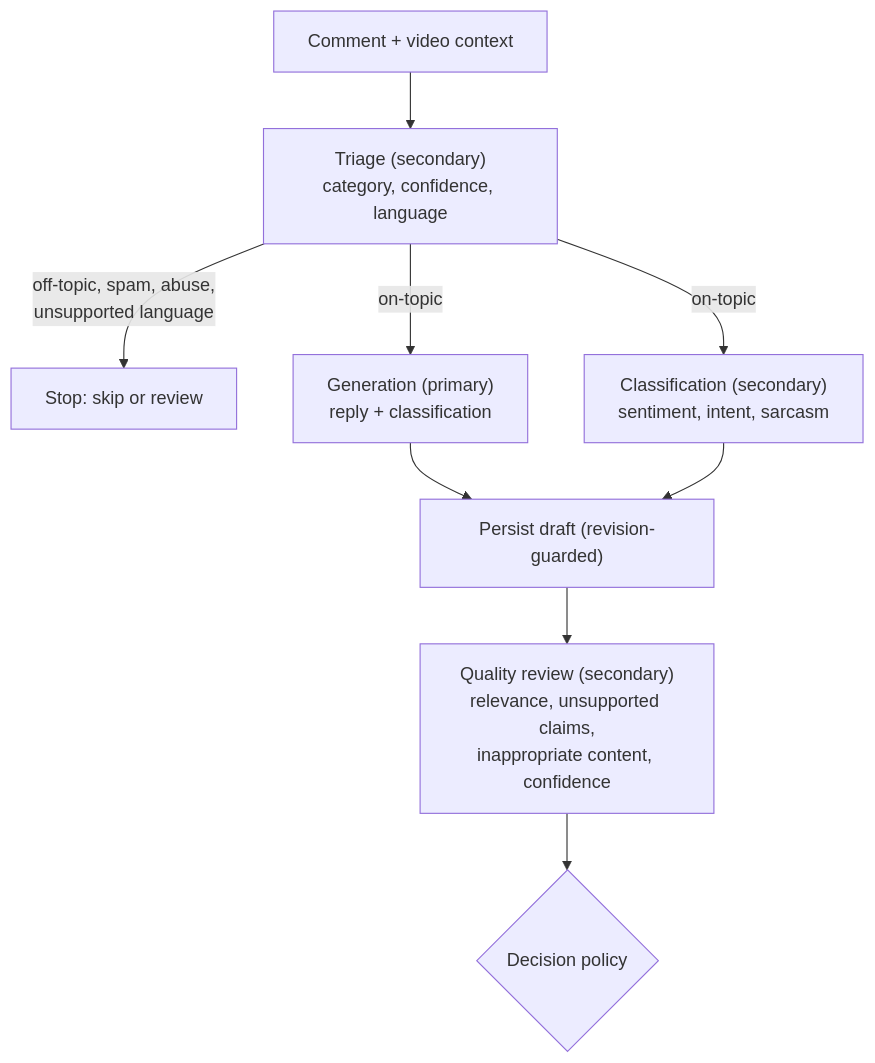
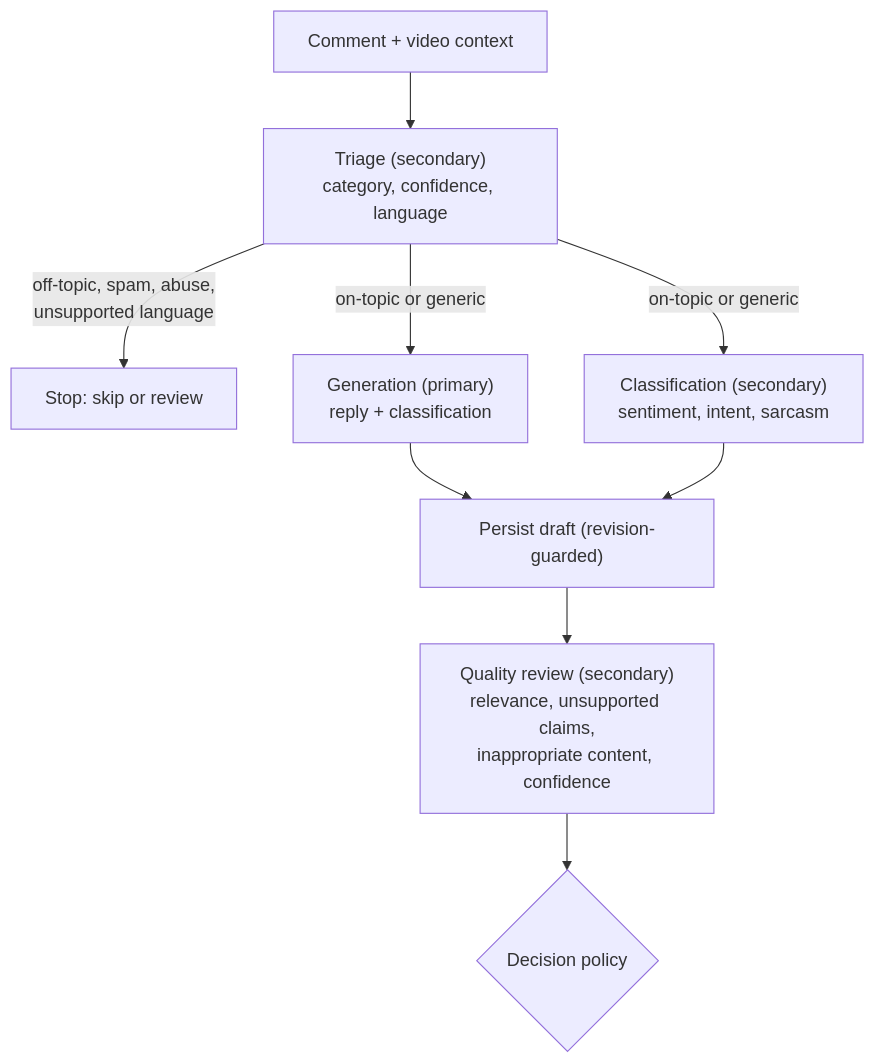
The second of 6 diagrams in docs/architecture.md (RD-blip1/ReplyAI), drawn with Mermaid before and after one commit. The commit also changed other lines of this file and 66 other files, not shown here.

````diff
--- a/docs/architecture.md
+++ b/docs/architecture.md
@@ -141,11 +149,11 @@
 ```mermaid
 flowchart TD
     C["Comment + video context"] --> T["Triage (secondary)<br/>category, confidence, language"]
     T -- "off-topic, spam, abuse,<br/>unsupported language" --> S["Stop: skip or review"]
-    T -- "on-topic" --> G["Generation (primary)<br/>reply + classification"]
-    T -- "on-topic" --> K["Classification (secondary)<br/>sentiment, intent, sarcasm"]
+    T -- "on-topic or generic" --> G["Generation (primary)<br/>reply + classification"]
+    T -- "on-topic or generic" --> K["Classification (secondary)<br/>sentiment, intent, sarcasm"]
     G --> P["Persist draft (revision-guarded)"]
     K --> P
     P --> Q["Quality review (secondary)<br/>relevance, unsupported claims,<br/>inappropriate content, confidence"]
     Q --> D{"Decision policy"}
 ```
````
